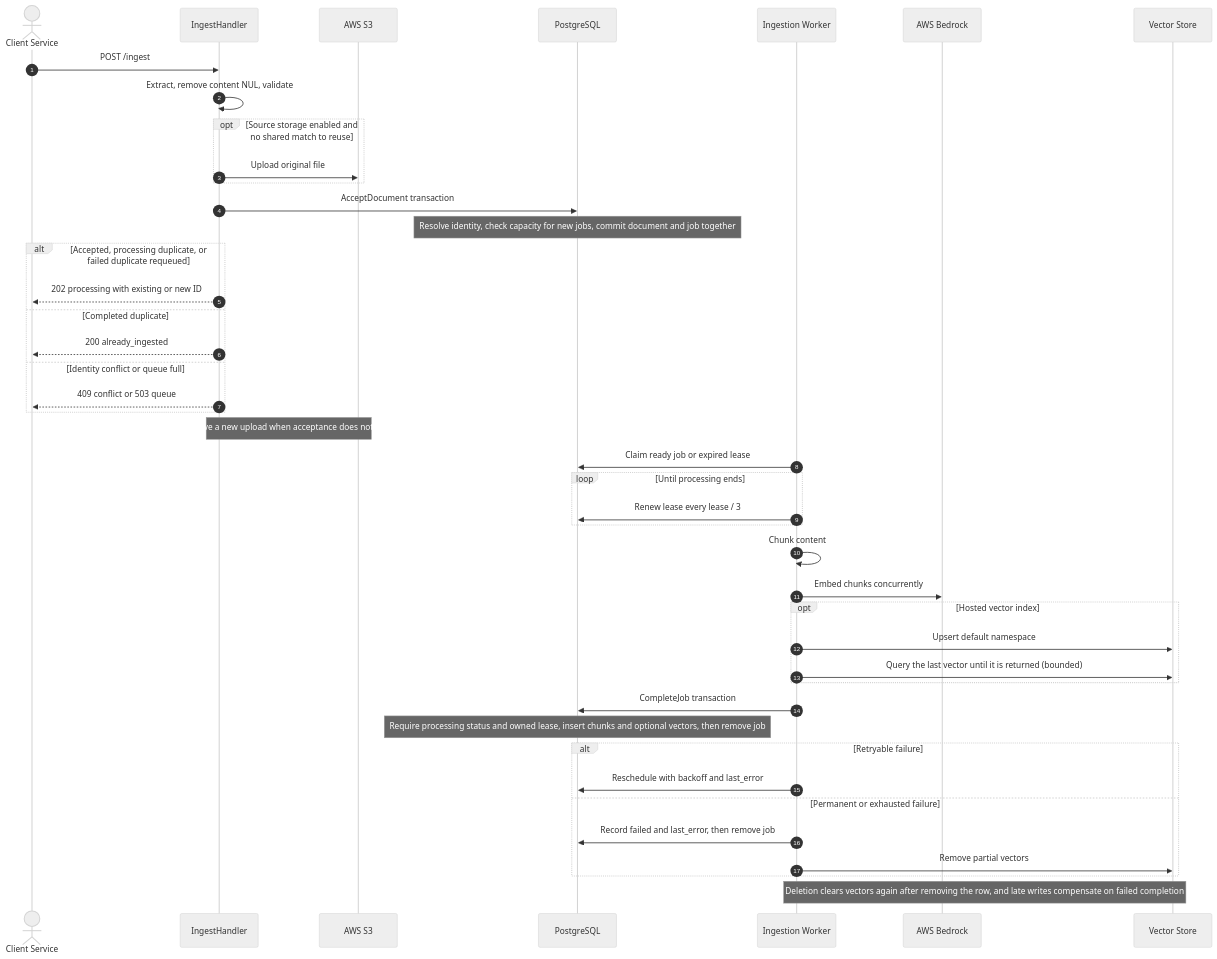
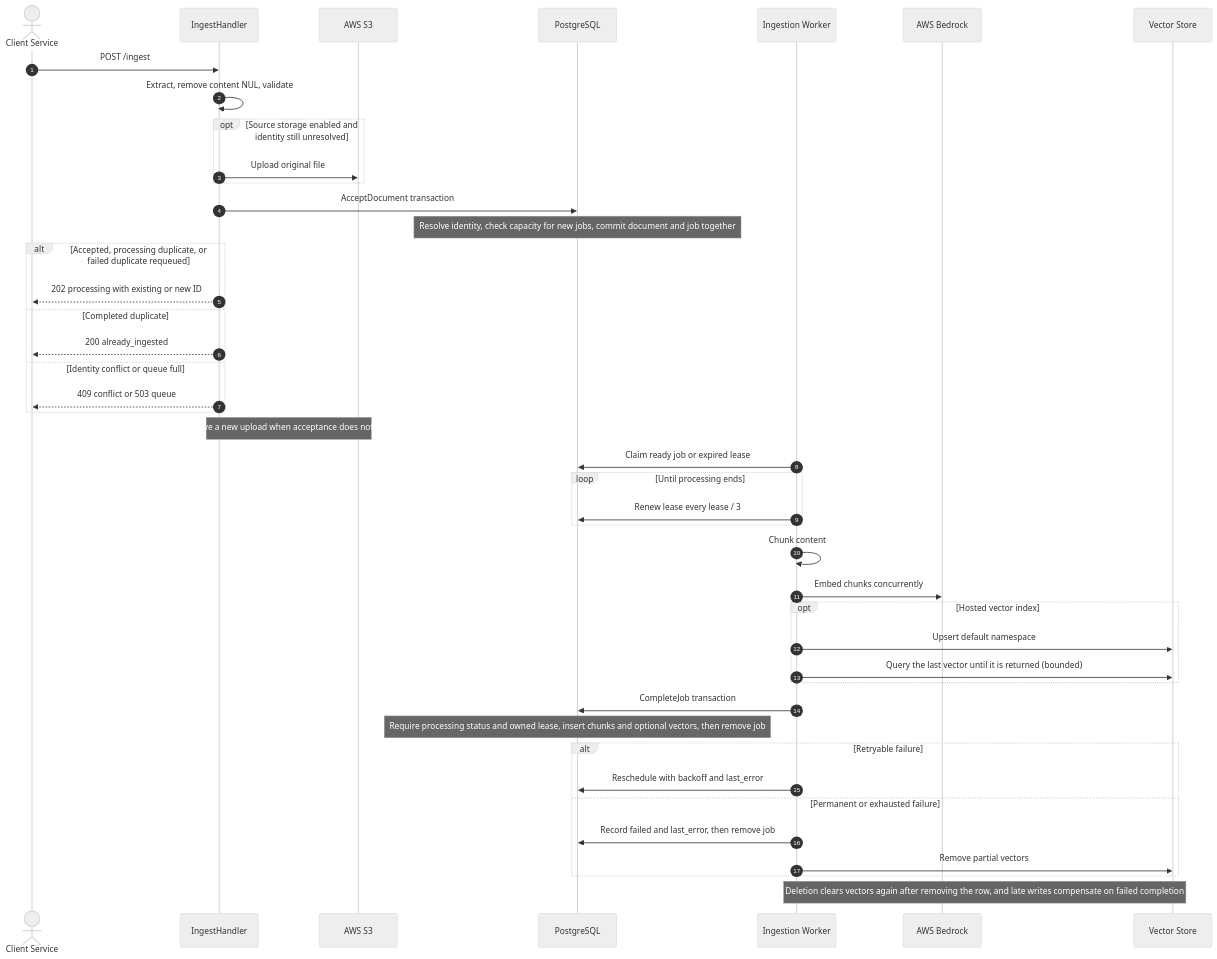
Before and after one commit to Victoroide/quarry-rag: the first of 2 diagrams in docs/architecture.md, drawn with Mermaid (neutral theme). The commit also changed 23 other files, not shown here.

````diff
--- a/docs/architecture.md
+++ b/docs/architecture.md
@@ -59,45 +59,45 @@
 ```mermaid
 sequenceDiagram
     autonumber
     actor Caller as Client Service
     participant Handler as IngestHandler
     participant S3 as AWS S3
     participant Postgres as PostgreSQL
     participant Worker as Ingestion Worker
     participant Embedder as AWS Bedrock
     participant Pinecone as Vector Store
     Caller->>Handler: POST /ingest
     Handler->>Handler: Extract, remove content NUL, validate
-    opt Source storage enabled and no shared match to reuse
+    opt Source storage enabled and identity still unresolved
         Handler->>S3: Upload original file
     end
     Handler->>Postgres: AcceptDocument transaction
     Note over Postgres: Resolve identity, check capacity for new jobs, commit document and job together
     alt Accepted, processing duplicate, or failed duplicate requeued
         Handler-->>Caller: 202 processing with existing or new ID
     else Completed duplicate
         Handler-->>Caller: 200 already_ingested
     else Identity conflict or queue full
         Handler-->>Caller: 409 conflict or 503 queue
     end
     Note over Handler,S3: Remove a new upload when acceptance does not use it
     Worker->>Postgres: Claim ready job or expired lease
     loop Until processing ends
         Worker->>Postgres: Renew lease every lease / 3
     end
     Worker->>Worker: Chunk content
     Worker->>Embedder: Embed chunks concurrently
     opt Hosted vector index
         Worker->>Pinecone: Upsert default namespace
         Worker->>Pinecone: Query the last vector until it is returned (bounded)
     end
     Worker->>Postgres: CompleteJob transaction
     Note over Postgres: Require processing status and owned lease, insert chunks and optional vectors, then remove job
     alt Retryable failure
         Worker->>Postgres: Reschedule with backoff and last_error
     else Permanent or exhausted failure
         Worker->>Postgres: Record failed and last_error, then remove job
         Worker->>Pinecone: Remove partial vectors
     end
     Note over Worker,Pinecone: Deletion clears vectors again after removing the row, and late writes compensate on failed completion
 ```
````
